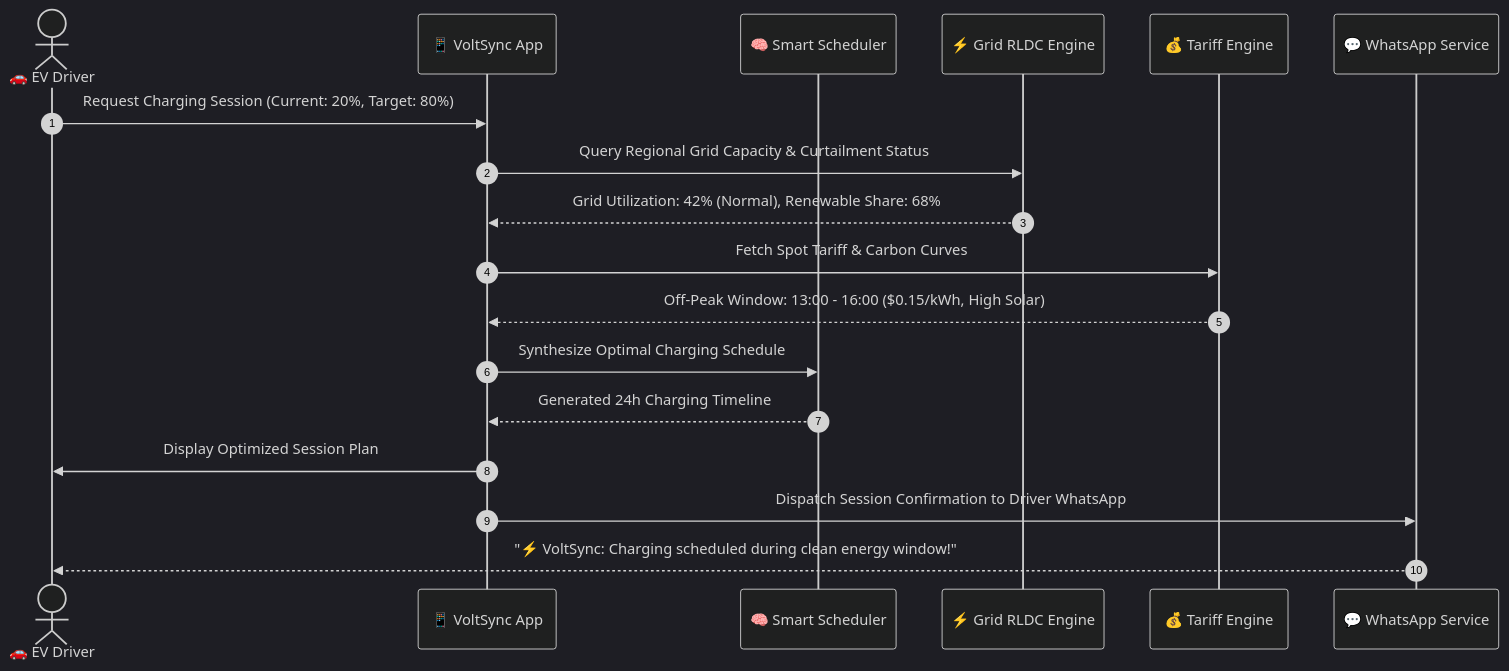
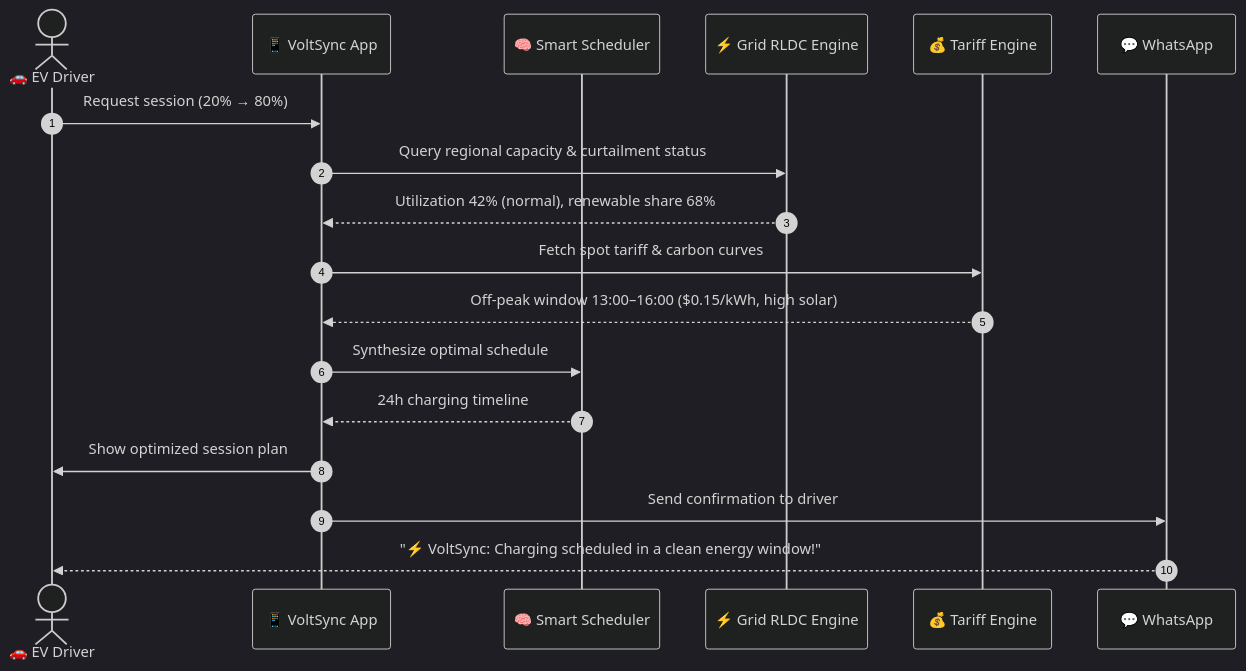
Before and after one commit to Anushkad134/VoltSync-: the second of 3 diagrams in README.md, drawn with Mermaid (dark theme). The commit also changed other lines of this file, not shown here.

````diff
--- a/README.md
+++ b/README.md
@@ -222,21 +293,21 @@
 ```mermaid
 sequenceDiagram
     autonumber
     actor Driver as 🚗 EV Driver
     participant App as 📱 VoltSync App
     participant Scheduler as 🧠 Smart Scheduler
     participant Grid as ⚡ Grid RLDC Engine
     participant Pricing as 💰 Tariff Engine
-    participant Twilio as 💬 WhatsApp Service
+    participant Twilio as 💬 WhatsApp
 
-    Driver->>App: Request Charging Session (Current: 20%, Target: 80%)
-    App->>Grid: Query Regional Grid Capacity & Curtailment Status
-    Grid-->>App: Grid Utilization: 42% (Normal), Renewable Share: 68%
-    App->>Pricing: Fetch Spot Tariff & Carbon Curves
-    Pricing-->>App: Off-Peak Window: 13:00 - 16:00 ($0.15/kWh, High Solar)
-    App->>Scheduler: Synthesize Optimal Charging Schedule
-    Scheduler-->>App: Generated 24h Charging Timeline
-    App->>Driver: Display Optimized Session Plan
-    App->>Twilio: Dispatch Session Confirmation to Driver WhatsApp
-    Twilio-->>Driver: "⚡ VoltSync: Charging scheduled during clean energy window!"
+    Driver->>App: Request session (20% → 80%)
+    App->>Grid: Query regional capacity & curtailment status
+    Grid-->>App: Utilization 42% (normal), renewable share 68%
+    App->>Pricing: Fetch spot tariff & carbon curves
+    Pricing-->>App: Off-peak window 13:00–16:00 ($0.15/kWh, high solar)
+    App->>Scheduler: Synthesize optimal schedule
+    Scheduler-->>App: 24h charging timeline
+    App->>Driver: Show optimized session plan
+    App->>Twilio: Send confirmation to driver
+    Twilio-->>Driver: "⚡ VoltSync: Charging scheduled in a clean energy window!"
 ```
````
